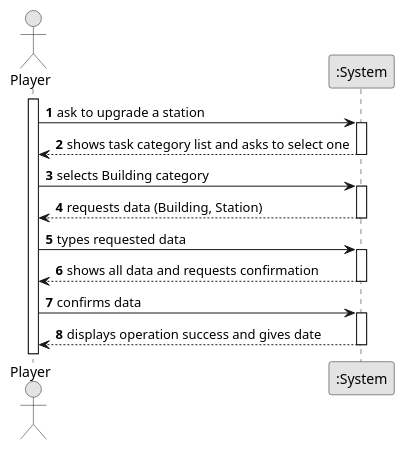
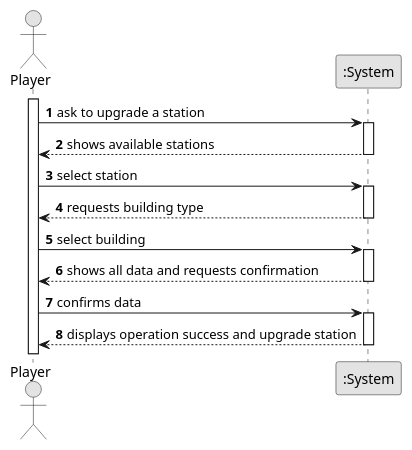
The diagram in docs/system-documentation/US06/01.requirements-engineering.us06/puml/us06Diagram-ssd.puml (Andremonteiro1240850/railway_simulator), drawn with PlantUML before and after one commit. The commit also changed 22 other files, not shown here.

```diff
--- a/docs/system-documentation/US06/01.requirements-engineering.us06/puml/us06Diagram-ssd.puml
+++ b/docs/system-documentation/US06/01.requirements-engineering.us06/puml/us06Diagram-ssd.puml
@@ -1,36 +1,36 @@
 @startuml
 skinparam monochrome true
 skinparam packageStyle rectangle
 skinparam shadowing false
 
 autonumber
 
 actor "Player" as Employee
 participant ":System" as System
 
 activate Employee
 
     Employee -> System : ask to upgrade a station
     activate System
 
-        System --> Employee : shows task category list and asks to select one
+        System --> Employee : shows available stations
     deactivate System
 
-    Employee -> System : selects Building category
+    Employee -> System : select station
     activate System
 
-        System --> Employee : requests data (Building, Station)
+        System --> Employee : requests building type
     deactivate System
 
-    Employee -> System : types requested data
+    Employee -> System : select building
     activate System
 
         System --> Employee : shows all data and requests confirmation
     deactivate System
 
     Employee -> System : confirms data
     activate System
 
-        System --> Employee : displays operation success and gives date
+        System --> Employee : displays operation success and upgrade station
     deactivate System
 @enduml
```
